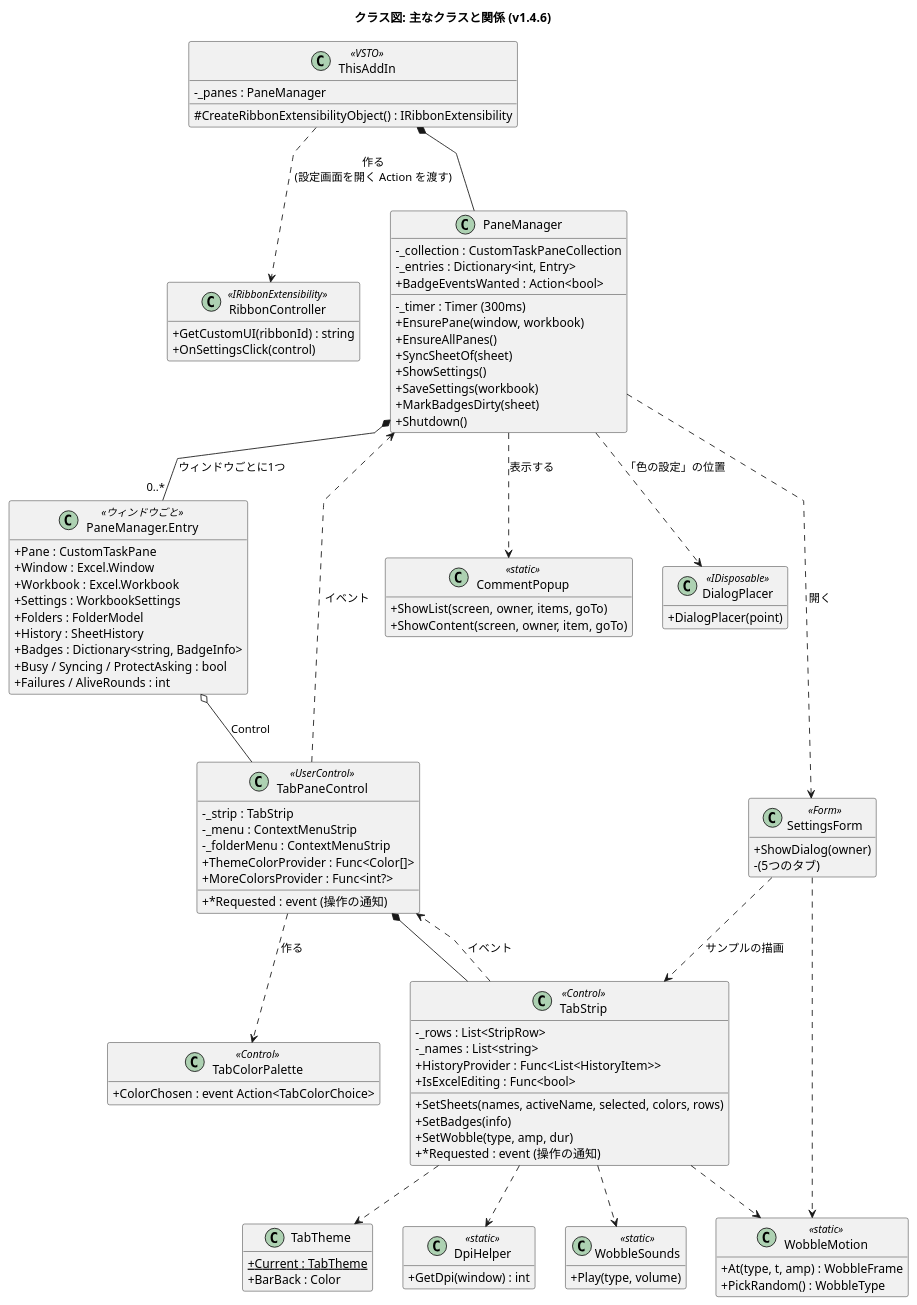
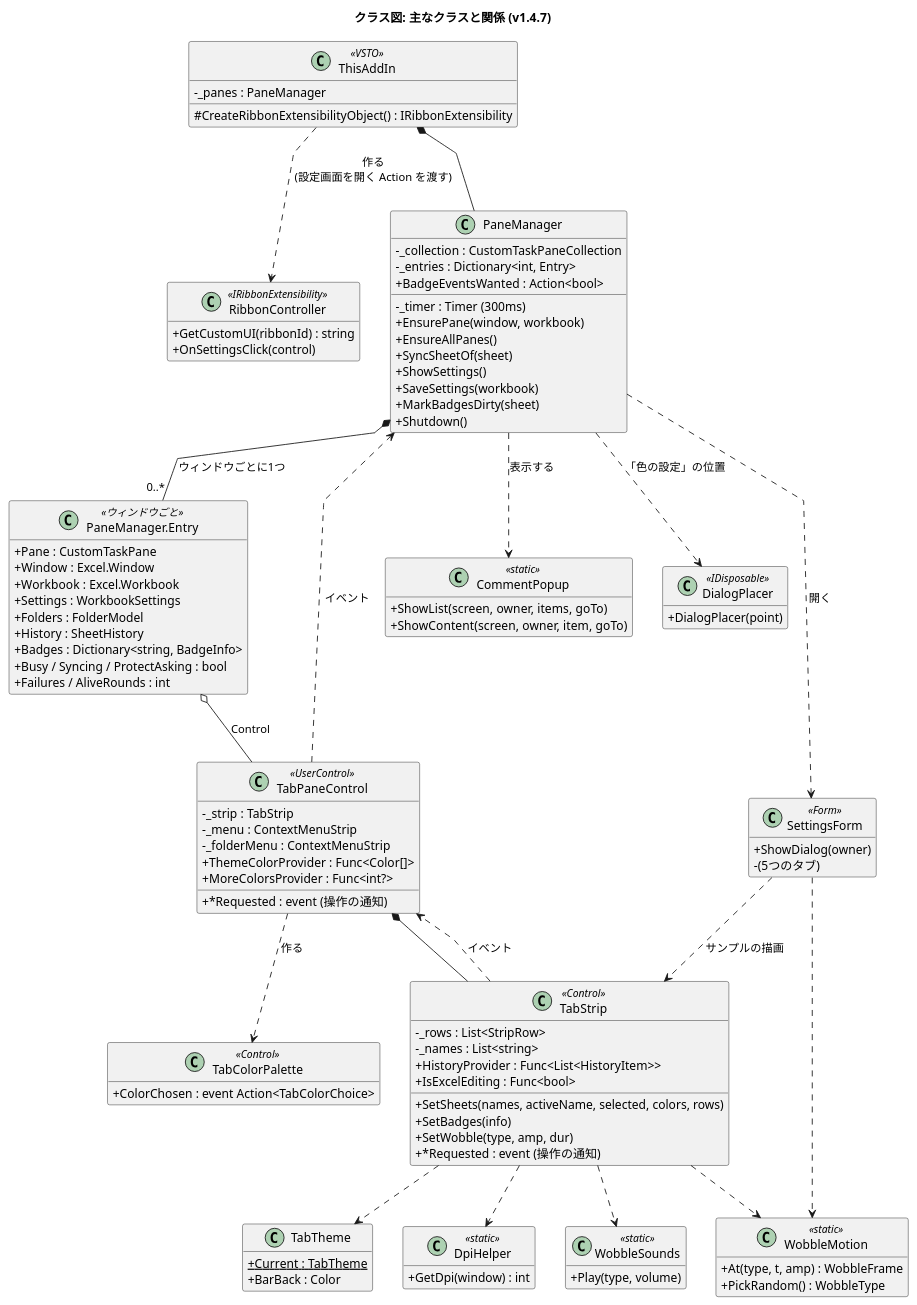
Before and after one commit to nk-taka623/VerticalSheetTabs: the diagram in docs/class-structure.puml, drawn with PlantUML. The commit also changed 14 other files, not shown here.

Commit message:
v1.4.7 にする (バージョン、README の変更点、設計図の版数)

```diff
--- a/docs/class-structure.puml
+++ b/docs/class-structure.puml
@@ -1,117 +1,117 @@
 @startuml
-title クラス図: 主なクラスと関係 (v1.4.6)
+title クラス図: 主なクラスと関係 (v1.4.7)
 skinparam shadowing false
 skinparam classAttributeIconSize 0
 skinparam linetype polyline
 hide empty members
 
 class ThisAddIn <<VSTO>> {
   -_panes : PaneManager
   #CreateRibbonExtensibilityObject() : IRibbonExtensibility
 }
 
 class RibbonController <<IRibbonExtensibility>> {
   +GetCustomUI(ribbonId) : string
   +OnSettingsClick(control)
 }
 
 class PaneManager {
   -_collection : CustomTaskPaneCollection
   -_entries : Dictionary<int, Entry>
   -_timer : Timer (300ms)
   +BadgeEventsWanted : Action<bool>
   +EnsurePane(window, workbook)
   +EnsureAllPanes()
   +SyncSheetOf(sheet)
   +ShowSettings()
   +SaveSettings(workbook)
   +MarkBadgesDirty(sheet)
   +Shutdown()
 }
 
 class "PaneManager.Entry" as Entry <<ウィンドウごと>> {
   +Pane : CustomTaskPane
   +Window : Excel.Window
   +Workbook : Excel.Workbook
   +Settings : WorkbookSettings
   +Folders : FolderModel
   +History : SheetHistory
   +Badges : Dictionary<string, BadgeInfo>
   +Busy / Syncing / ProtectAsking : bool
   +Failures / AliveRounds : int
 }
 
 class TabPaneControl <<UserControl>> {
   -_strip : TabStrip
   -_menu : ContextMenuStrip
   -_folderMenu : ContextMenuStrip
   +ThemeColorProvider : Func<Color[]>
   +MoreColorsProvider : Func<int?>
   +*Requested : event (操作の通知)
 }
 
 class TabStrip <<Control>> {
   -_rows : List<StripRow>
   -_names : List<string>
   +SetSheets(names, activeName, selected, colors, rows)
   +SetBadges(info)
   +SetWobble(type, amp, dur)
   +*Requested : event (操作の通知)
   +HistoryProvider : Func<List<HistoryItem>>
   +IsExcelEditing : Func<bool>
 }
 
 class TabColorPalette <<Control>> {
   +ColorChosen : event Action<TabColorChoice>
 }
 
 class SettingsForm <<Form>> {
   +ShowDialog(owner)
   -(5つのタブ)
 }
 
 class CommentPopup <<static>> {
   +ShowList(screen, owner, items, goTo)
   +ShowContent(screen, owner, item, goTo)
 }
 
 class DialogPlacer <<IDisposable>> {
   +DialogPlacer(point)
 }
 
 class TabTheme {
   +Current : TabTheme {static}
   +BarBack : Color
 }
 
 class DpiHelper <<static>> {
   +GetDpi(window) : int
 }
 
 class WobbleMotion <<static>> {
   +At(type, t, amp) : WobbleFrame
   +PickRandom() : WobbleType
 }
 
 class WobbleSounds <<static>> {
   +Play(type, volume)
 }
 
 ThisAddIn *-- PaneManager
 ThisAddIn ..> RibbonController : 作る\n(設定画面を開く Action を渡す)
 PaneManager *-- "0..*" Entry : ウィンドウごとに1つ
 Entry o-- TabPaneControl : Control
 TabPaneControl *-- TabStrip
 TabPaneControl ..> TabColorPalette : 作る
 TabStrip ..> TabPaneControl : イベント
 TabPaneControl ..> PaneManager : イベント
 PaneManager ..> SettingsForm : 開く
 PaneManager ..> CommentPopup : 表示する
 PaneManager ..> DialogPlacer : 「色の設定」の位置
 SettingsForm ..> TabStrip : サンプルの描画
 TabStrip ..> TabTheme
 TabStrip ..> DpiHelper
 TabStrip ..> WobbleMotion
 TabStrip ..> WobbleSounds
 SettingsForm ..> WobbleMotion
 @enduml
```
